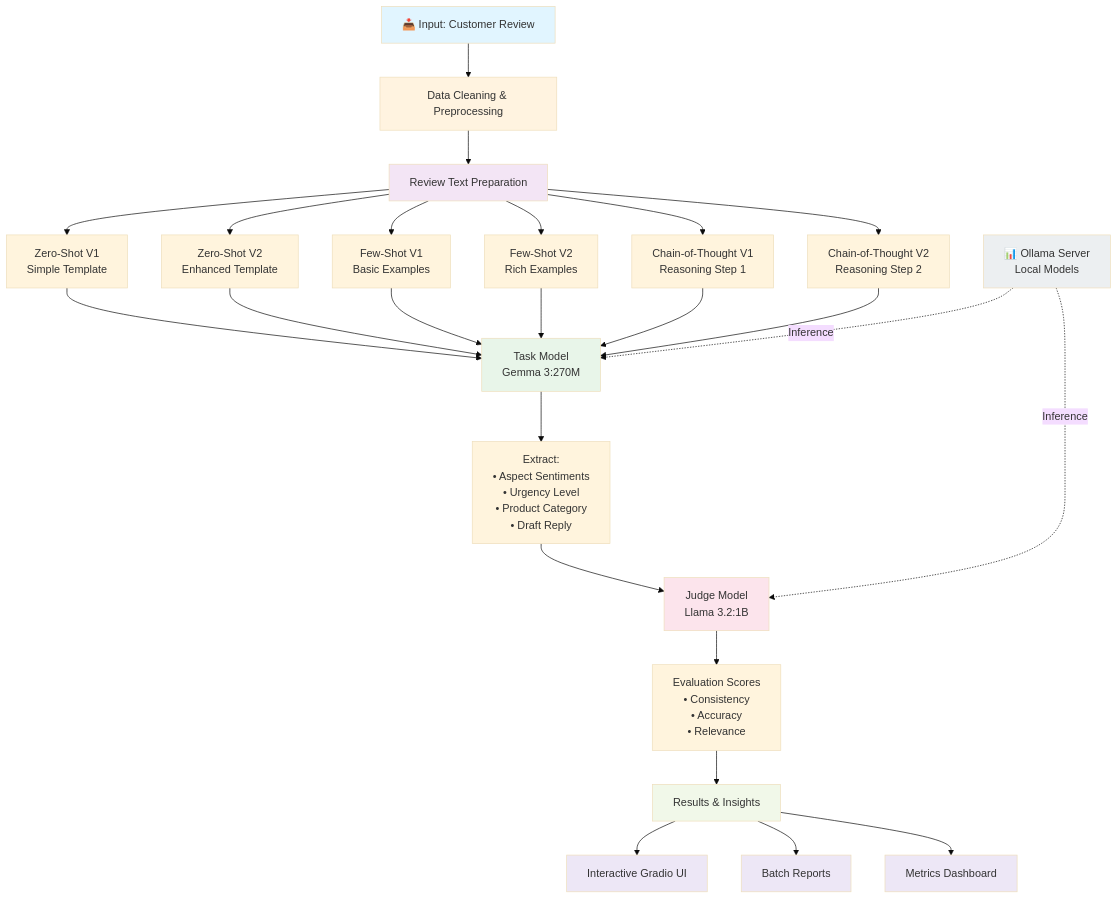
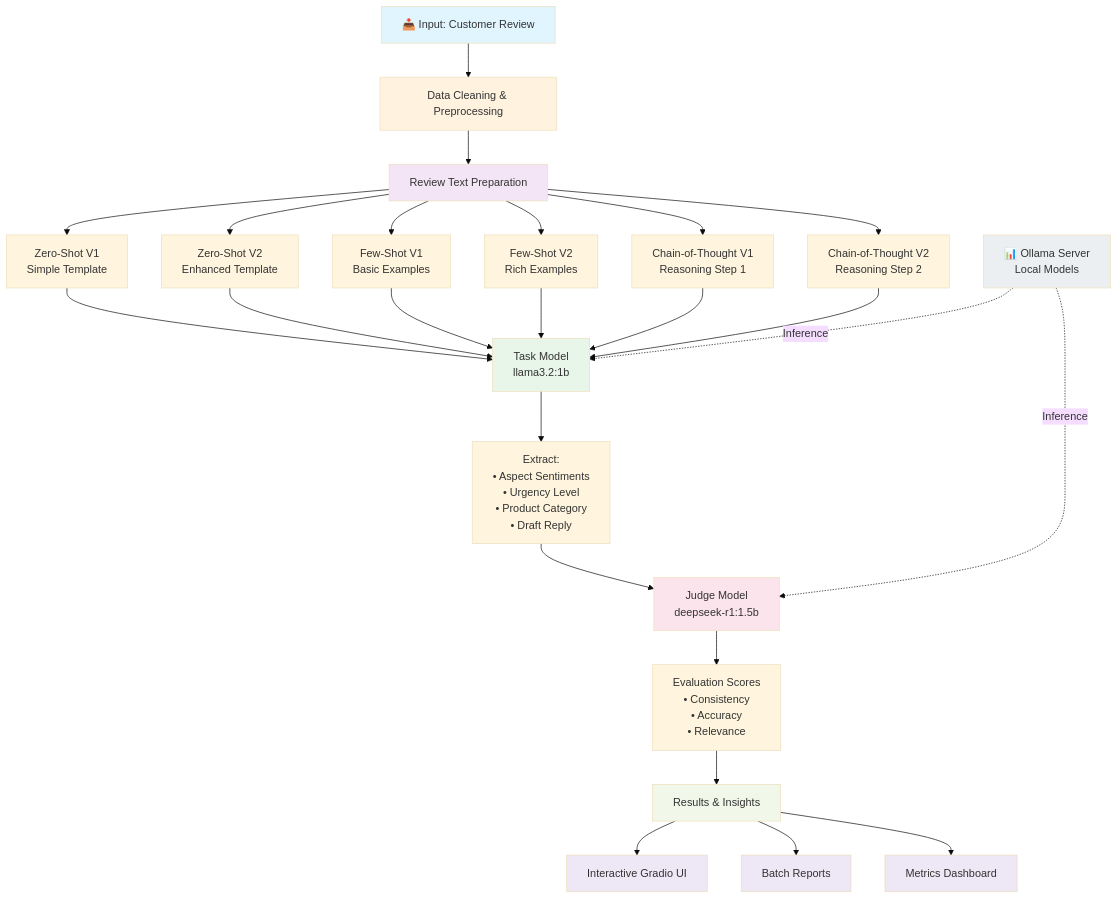
One commit to frex1/feedback-intelligence changed the first of 2 diagrams in README.md. Above: the diagram before and after it, drawn with Mermaid (base theme). The commit also changed other lines of this file and 2 other files, not shown here.

Commit message:
Swap gemma & llama for llama & deepseek

````diff
--- a/README.md
+++ b/README.md
@@ -61,45 +61,45 @@
 ```mermaid
 graph TD
     A["📥 Input: Customer Review"] --> B["Data Cleaning & Preprocessing"]
     B --> C["Review Text Preparation"]
   
     C --> D1["Zero-Shot V1<br/>Simple Template"]
     C --> D2["Zero-Shot V2<br/>Enhanced Template"]
     C --> D3["Few-Shot V1<br/>Basic Examples"]
     C --> D4["Few-Shot V2<br/>Rich Examples"]
     C --> D5["Chain-of-Thought V1<br/>Reasoning Step 1"]
     C --> D6["Chain-of-Thought V2<br/>Reasoning Step 2"]
   
-    D1 --> E1["Task Model<br/>Gemma 3:270M"]
+    D1 --> E1["Task Model<br/>llama3.2:1b"]
     D2 --> E1
     D3 --> E1
     D4 --> E1
     D5 --> E1
     D6 --> E1
   
     E1 --> F["Extract:<br/>• Aspect Sentiments<br/>• Urgency Level<br/>• Product Category<br/>• Draft Reply"]
   
-    F --> G["Judge Model<br/>Llama 3.2:1B"]
+    F --> G["Judge Model<br/>deepseek-r1:1.5b"]
   
     G --> H["Evaluation Scores<br/>• Consistency<br/>• Accuracy<br/>• Relevance"]
   
     H --> I["Results & Insights"]
   
     I --> J1["Interactive Gradio UI"]
     I --> J2["Batch Reports"]
     I --> J3["Metrics Dashboard"]
   
     K["📊 Ollama Server<br/>Local Models"] -.->|Inference| E1
     K -.->|Inference| G
   
     style A fill:#e1f5ff
     style B fill:#fff3e0
     style C fill:#f3e5f5
     style E1 fill:#e8f5e9
     style G fill:#fce4ec
     style I fill:#f1f8e9
     style J1 fill:#ede7f6
     style J2 fill:#ede7f6
     style J3 fill:#ede7f6
     style K fill:#eceff1
 ```
````
